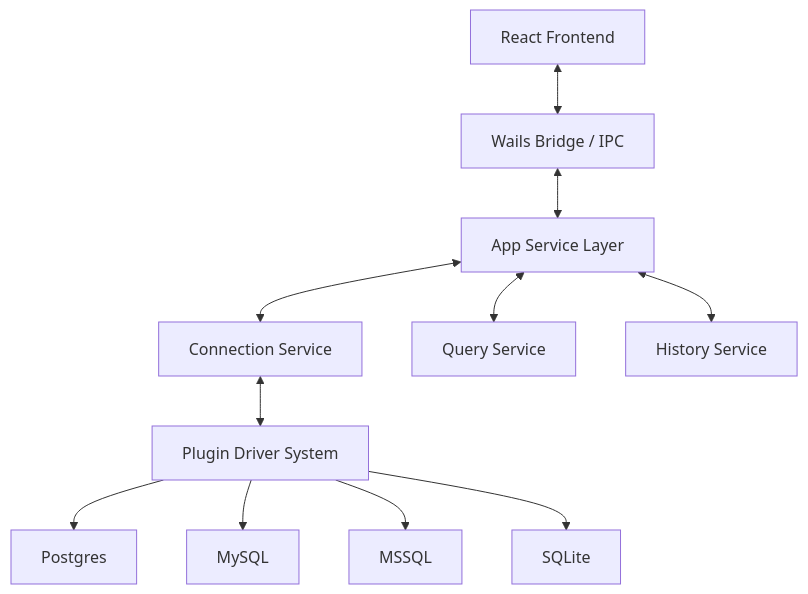
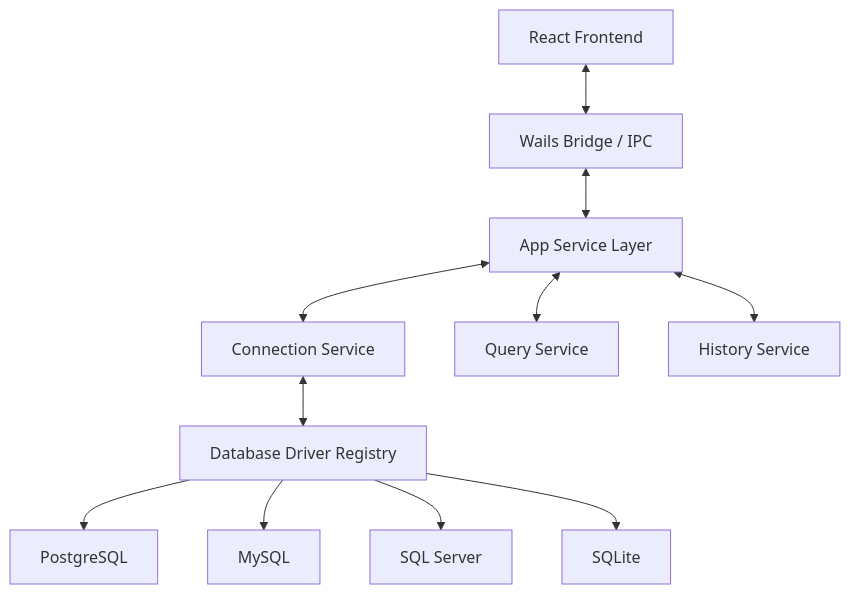
One commit to alexnguyen03/zentro changed the diagram in README.md. Above: the diagram before and after it, drawn with Mermaid. The commit also changed other lines of this file and 573 other files, not shown here.

````diff
--- a/README.md
+++ b/README.md
@@ -36,14 +59,14 @@
 ```mermaid
 graph TD
     UI[React Frontend] <--> Bridge[Wails Bridge / IPC]
     Bridge <--> App[App Service Layer]
     App <--> Conn[Connection Service]
     App <--> Query[Query Service]
     App <--> History[History Service]
-    
-    Conn <--> Drivers[Plugin Driver System]
-    Drivers --> PG[Postgres]
+
+    Conn <--> Drivers[Database Driver Registry]
+    Drivers --> PG[PostgreSQL]
     Drivers --> MY[MySQL]
-    Drivers --> MS[MSSQL]
+    Drivers --> MS[SQL Server]
     Drivers --> SQ[SQLite]
 ```
````
